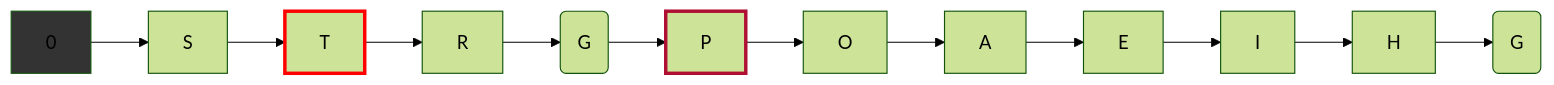
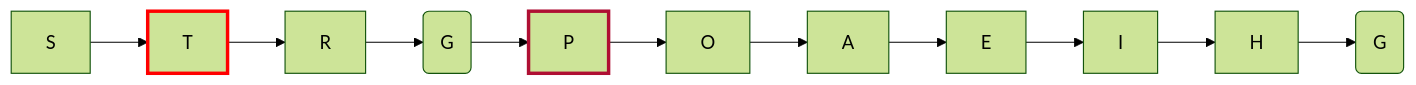
The seventh of 18 diagrams in README.md (west7/EDA2), drawn with Mermaid (forest theme) before and after one commit. The commit also changed other lines of this file and 25 other files, not shown here.

````diff
--- a/README.md
+++ b/README.md
@@ -519,8 +532,7 @@
 ```mermaid
     graph LR;
-    0 --> S --> T --> R --> G1(G) --> P --> O --> A --> E --> I --> H --> G2(G)
+    S --> T --> R --> G1(G) --> P --> O --> A --> E --> I --> H --> G2(G)
 
     style T stroke-width: 3px, stroke: #FF0000
     style P stroke-width: 3px, stroke: #AF0F33
-    style 0 fill: #333
 ```
````
